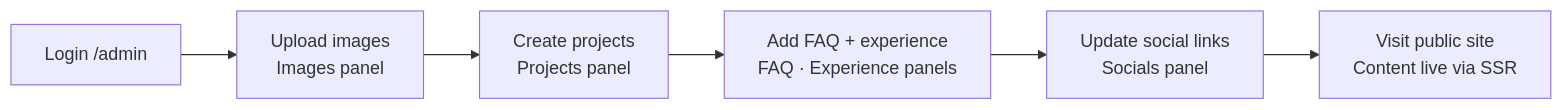
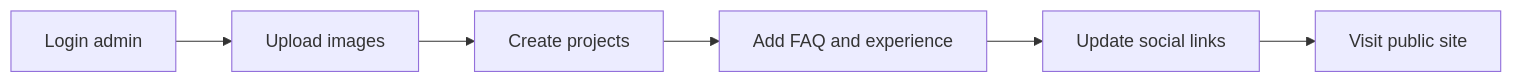
One commit to mawlid1431/Portfolio changed diagram 14 of 15 in README.md. Above: the diagram before and after it, drawn with Mermaid. The commit also changed other lines of this file, not shown here.

````diff
--- a/README.md
+++ b/README.md
@@ -872,8 +867,8 @@
 ```mermaid
 flowchart LR
-  A["Login /admin"] --> B["Upload images<br/>Images panel"]
-  B --> C["Create projects<br/>Projects panel"]
-  C --> D["Add FAQ + experience<br/>FAQ · Experience panels"]
-  D --> E["Update social links<br/>Socials panel"]
-  E --> F["Visit public site<br/>Content live via SSR"]
+  A["Login admin"] --> B["Upload images"]
+  B --> C["Create projects"]
+  C --> D["Add FAQ and experience"]
+  D --> E["Update social links"]
+  E --> F["Visit public site"]
 ```
````
